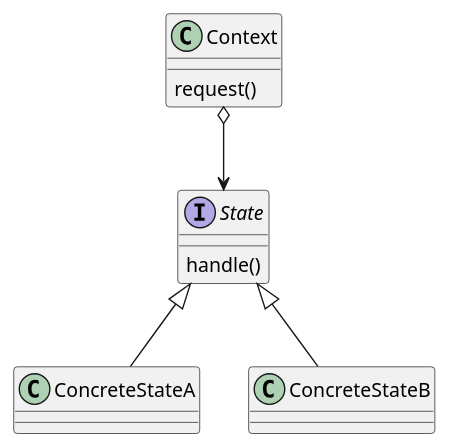
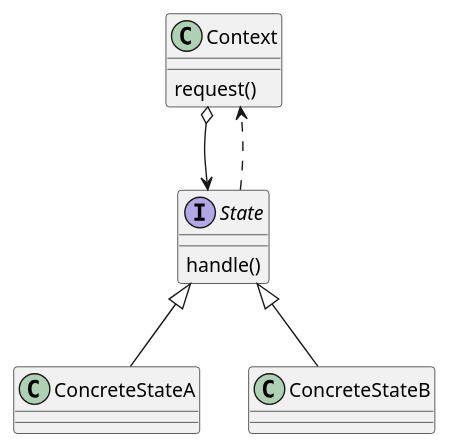
One commit to sirejik/software-design-patterns changed the diagram in behavioral_patterns/state/state.puml. Above: the diagram before and after it, drawn with PlantUML. The commit also changed 5 other files, not shown here.

```diff
--- a/behavioral_patterns/state/state.puml
+++ b/behavioral_patterns/state/state.puml
@@ -1,20 +1,21 @@
 @startuml
 
 class Context {
     request()
 }
 
 interface State {
     handle()
 }
 Context o--> State
+State ..> Context
 
 class ConcreteStateA {
 }
 State <|-- ConcreteStateA
 
 class ConcreteStateB {
 }
 State <|-- ConcreteStateB
 
 @enduml
```
